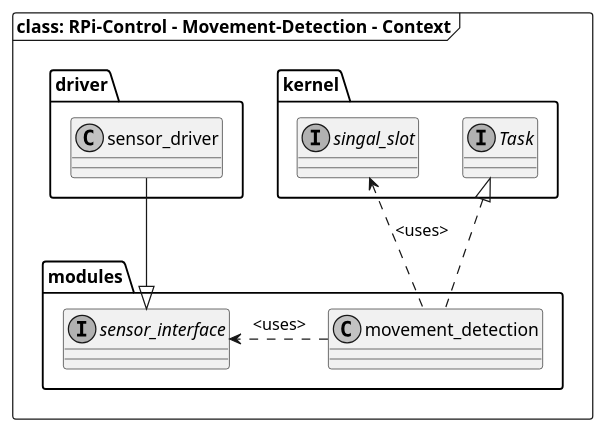
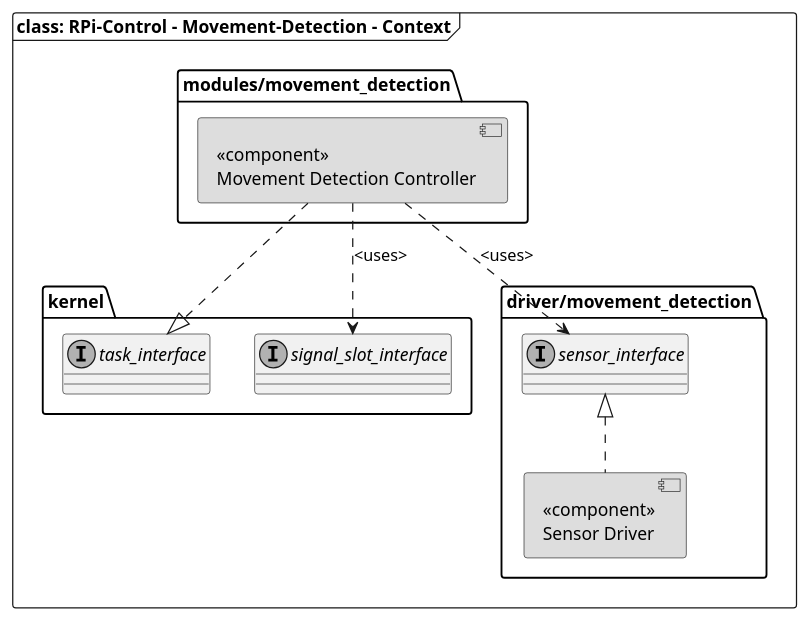
One commit to smuuze/rpi_control_frmwrk changed the diagram in src/modules/movement_detection/uml/movement_detection_context.puml. Above: the diagram before and after it, drawn with PlantUML. The commit also changed 4 other files, not shown here.

Commit message:
MOD: movement-detection - moved sensor-interface to driver/movement_detection

```diff
--- a/src/modules/movement_detection/uml/movement_detection_context.puml
+++ b/src/modules/movement_detection/uml/movement_detection_context.puml
@@ -1,53 +1,57 @@
 @startuml movement_detection_context
 
 '***************************************************************************
 
 skinparam monochrome true
 ' skinparam linetype ortho
 
 '***************************************************************************
 
 frame "class: RPi-Control - Movement-Detection - Context" {
 
 '***************************************************************************
 
     folder "kernel" {
 
-        interface Task {
+        interface task_interface {
 
         }
 
-        interface singal_slot {
+        interface signal_slot_interface {
 
         }
     }
 
-    folder "driver" {
-        class sensor_driver {
+    folder "driver/movement_detection" {
+
+        component sensor_driver #DDDDDD [
+            <<component>>
+            Sensor Driver
+        ]
+
+        interface sensor_interface {
 
         }
     }
 
-    folder "modules" {
-        interface sensor_interface {
+    folder "modules/movement_detection" {
 
-        }
-
-        class movement_detection  {
-
-        }
+        component movement_detection #DDDDDD [
+            <<component>>
+            Movement Detection Controller
+        ]
     }
 
-    movement_detection .up.|> Task
-    movement_detection .up.> singal_slot : <uses>
-    movement_detection .right.> sensor_interface : <uses>
+    movement_detection .down.|> task_interface
+    movement_detection .down.> signal_slot_interface : <uses>
+    movement_detection .down.> sensor_interface : <uses>
 
-    sensor_driver -down-|> sensor_interface
+    sensor_driver .up.|> sensor_interface
 
 '***************************************************************************
 
 }
 
 '***************************************************************************
 
 @enduml
```
